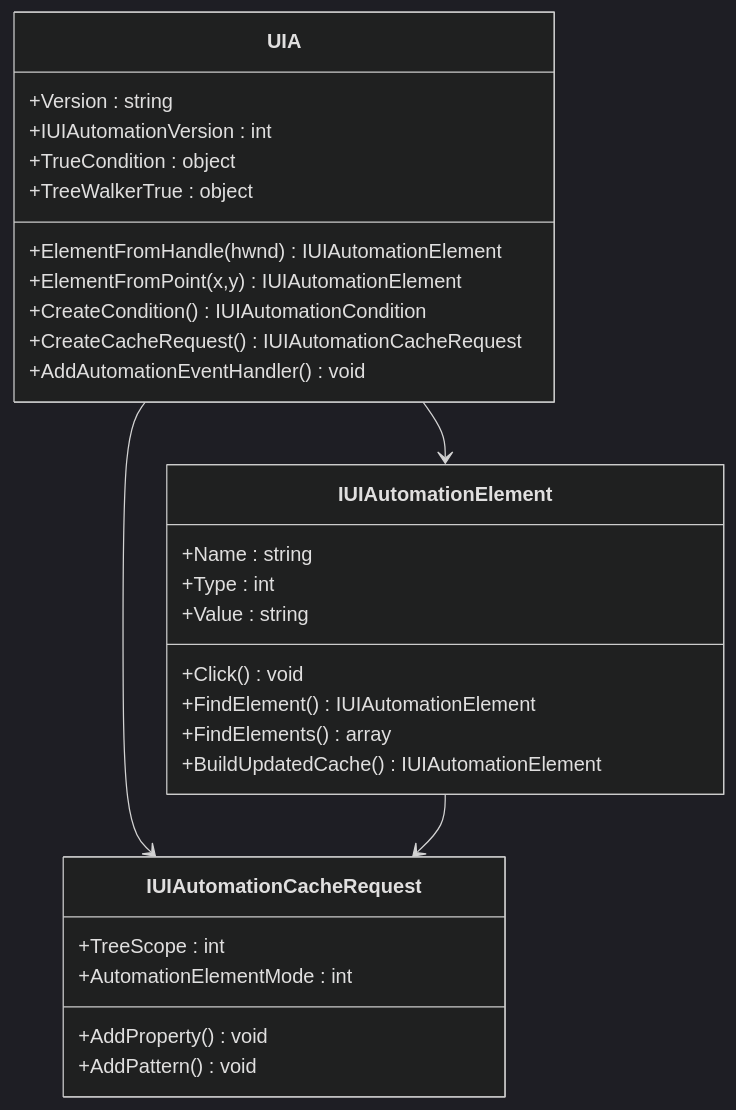
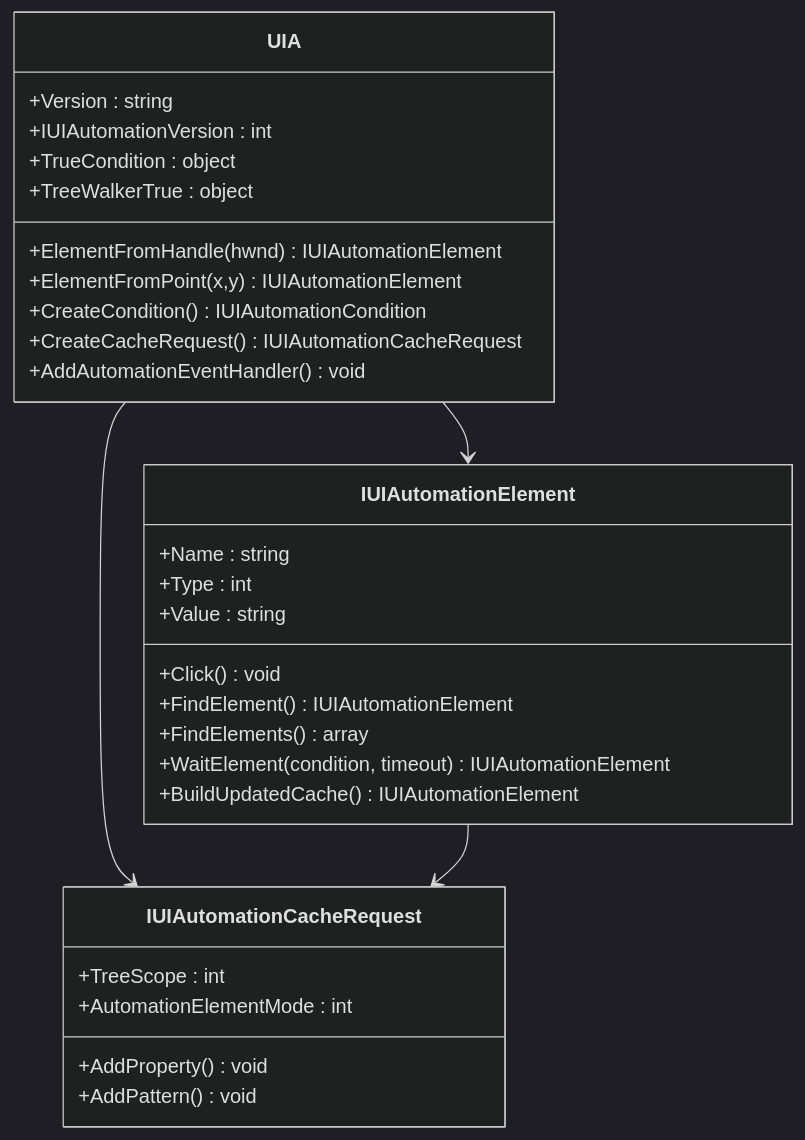
The second of 13 diagrams in .qoder/repowiki/zh/content/核心功能/UI自动化框架.md (wangys-123doit/hotkey), drawn with Mermaid (dark theme) before and after one commit. The commit also changed other lines of this file and 11 other files, not shown here.

````diff
--- a/.qoder/repowiki/zh/content/核心功能/UI自动化框架.md
+++ b/.qoder/repowiki/zh/content/核心功能/UI自动化框架.md
@@ -81,32 +94,33 @@
 ```mermaid
 classDiagram
 class UIA {
 +Version : string
 +IUIAutomationVersion : int
 +TrueCondition : object
 +TreeWalkerTrue : object
 +ElementFromHandle(hwnd) IUIAutomationElement
 +ElementFromPoint(x,y) IUIAutomationElement
 +CreateCondition() IUIAutomationCondition
 +CreateCacheRequest() IUIAutomationCacheRequest
 +AddAutomationEventHandler() void
 }
 class IUIAutomationElement {
 +Name : string
 +Type : int
 +Value : string
 +Click() void
 +FindElement() IUIAutomationElement
 +FindElements() array
++WaitElement(condition, timeout) IUIAutomationElement
 +BuildUpdatedCache() IUIAutomationElement
 }
 class IUIAutomationCacheRequest {
 +AddProperty() void
 +AddPattern() void
 +TreeScope : int
 +AutomationElementMode : int
 }
 UIA --> IUIAutomationElement
 UIA --> IUIAutomationCacheRequest
 IUIAutomationElement --> IUIAutomationCacheRequest
 ```
````
